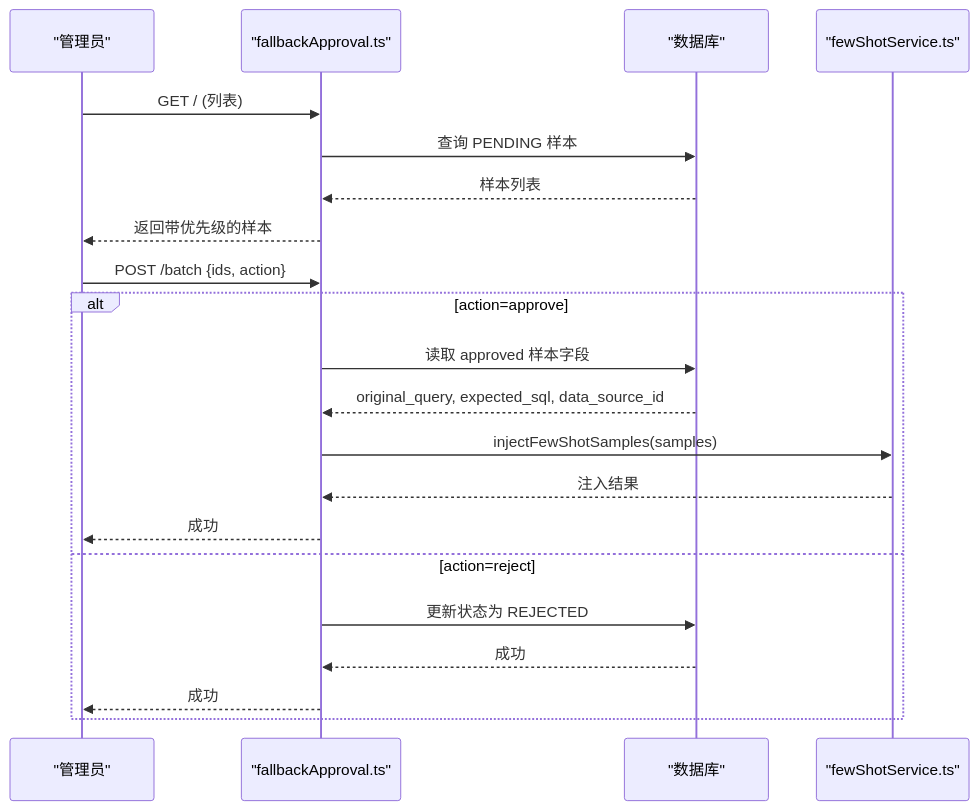
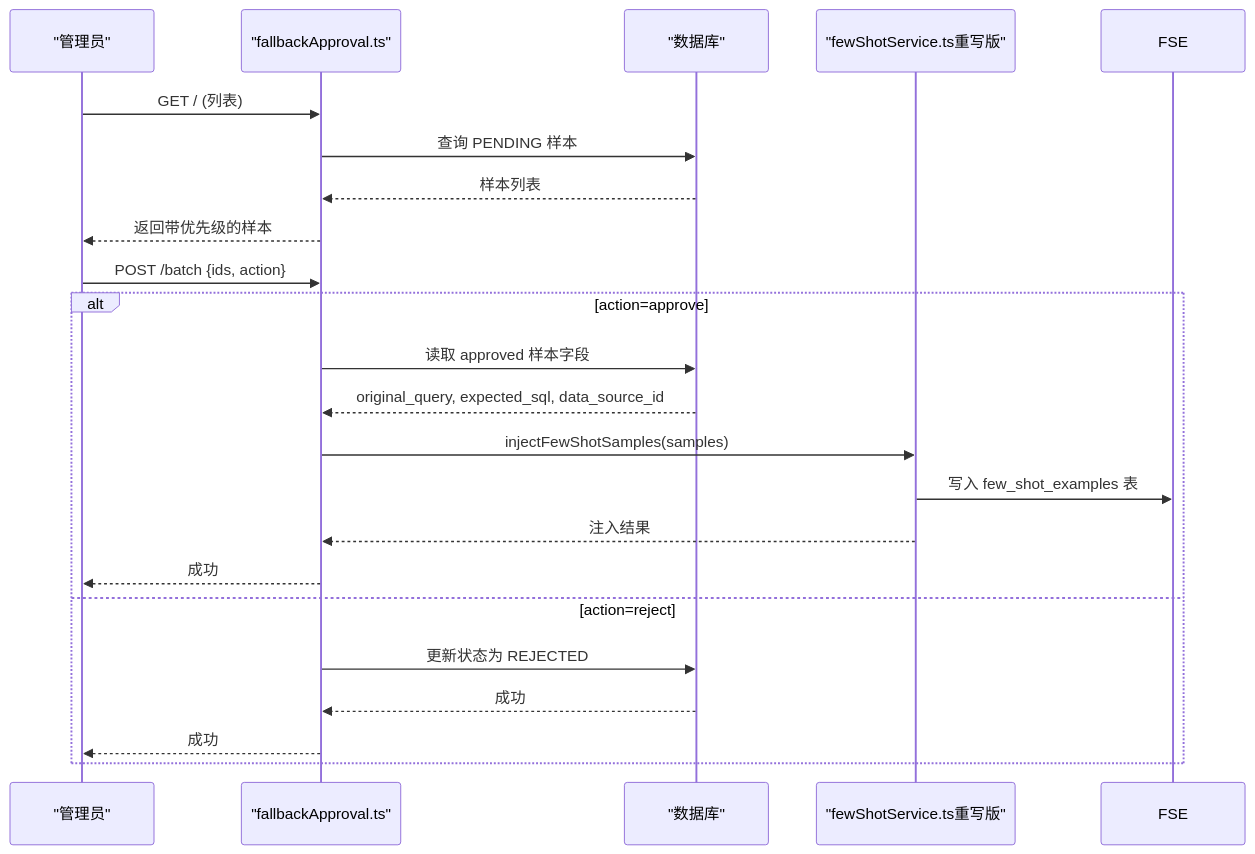
One commit to dgjin/smart-data-analytics changed the fourth of 7 diagrams in .qoder/repowiki/zh/content/知识库系统/少样本注入服务.md. Above: the diagram before and after it, drawn with Mermaid. The commit also changed other lines of this file and 100 other files, not shown here.

````diff
--- a/.qoder/repowiki/zh/content/知识库系统/少样本注入服务.md
+++ b/.qoder/repowiki/zh/content/知识库系统/少样本注入服务.md
@@ -187,23 +204,24 @@
 ```mermaid
 sequenceDiagram
 participant Admin as "管理员"
 participant Route as "fallbackApproval.ts"
 participant DB as "数据库"
-participant FS as "fewShotService.ts"
+participant FS as "fewShotService.ts重写版"
 Admin->>Route : GET / (列表)
 Route->>DB : 查询 PENDING 样本
 DB-->>Route : 样本列表
 Route-->>Admin : 返回带优先级的样本
 Admin->>Route : POST /batch {ids, action}
 alt action=approve
 Route->>DB : 读取 approved 样本字段
 DB-->>Route : original_query, expected_sql, data_source_id
 Route->>FS : injectFewShotSamples(samples)
+FS->>FSE : 写入 few_shot_examples 表
 FS-->>Route : 注入结果
 Route-->>Admin : 成功
 else action=reject
 Route->>DB : 更新状态为 REJECTED
 DB-->>Route : 成功
 Route-->>Admin : 成功
 end
 ```
````
